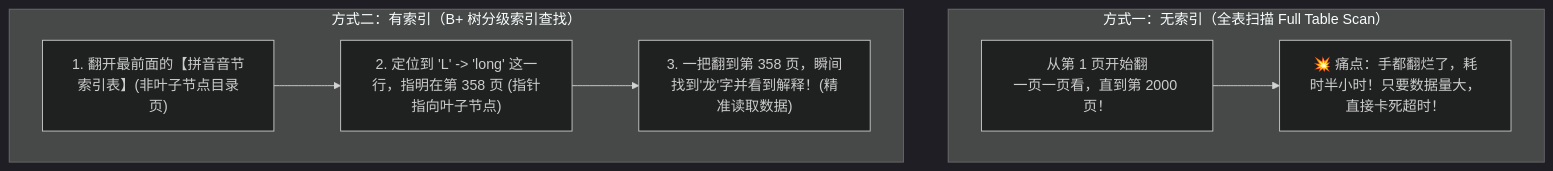
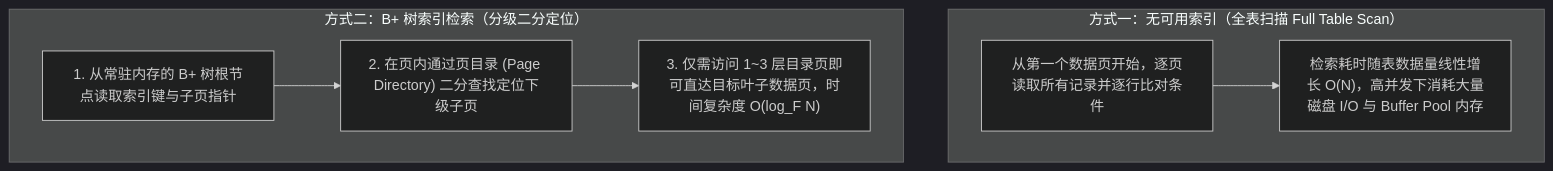
Before and after one commit to GuoWWWX/knowledge-base: the first of 6 diagrams in 20-Java后端/05-数据库与存储/01-MySQL索引原理-B+树.md, drawn with Mermaid (dark theme). The commit also changed other lines of this file and 251 other files, not shown here.

````diff
--- a/20-Java后端/05-数据库与存储/01-MySQL索引原理-B+树.md
+++ b/20-Java后端/05-数据库与存储/01-MySQL索引原理-B+树.md
@@ -24,12 +24,12 @@
 ```mermaid
 flowchart TD
-    subgraph Bad["方式一：无索引（全表扫描 Full Table Scan）"]
-        A1["从第 1 页开始翻<br/>一页一页看，直到第 2000 页！"] --> A2["💥 痛点：手都翻烂了，耗时半小时！只要数据量大，直接卡死超时！"]
+    subgraph FullScan["方式一：无可用索引（全表扫描 Full Table Scan）"]
+        A1["从第一个数据页开始，逐页读取所有记录并逐行比对条件"] --> A2["检索耗时随表数据量线性增长 O(N)，高并发下消耗大量磁盘 I/O 与 Buffer Pool 内存"]
     end
 
-    subgraph Good["方式二：有索引（B+ 树分级索引查找）"]
-        B1["1. 翻开最前面的【拼音音节索引表】(非叶子节点目录页)"]
-        B1 --> B2["2. 定位到 'L' -> 'long' 这一行，指明在第 358 页 (指针指向叶子节点)"]
-        B2 --> B3["3. 一把翻到第 358 页，瞬间找到'龙'字并看到解释！(精准读取数据)"]
+    subgraph IndexScan["方式二：B+ 树索引检索（分级二分定位）"]
+        B1["1. 从常驻内存的 B+ 树根节点读取索引键与子页指针"]
+        B1 --> B2["2. 在页内通过页目录 (Page Directory) 二分查找定位下级子页"]
+        B2 --> B3["3. 仅需访问 1~3 层目录页即可直达目标叶子数据页，时间复杂度 O(log_F N)"]
     end
 ```
````
